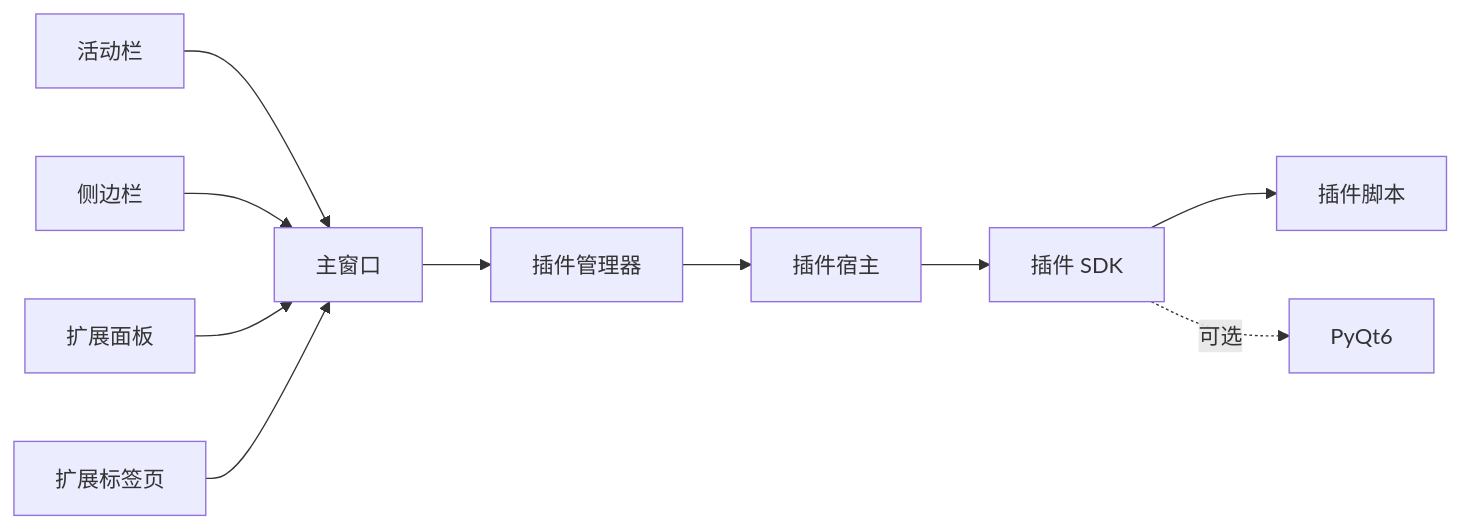
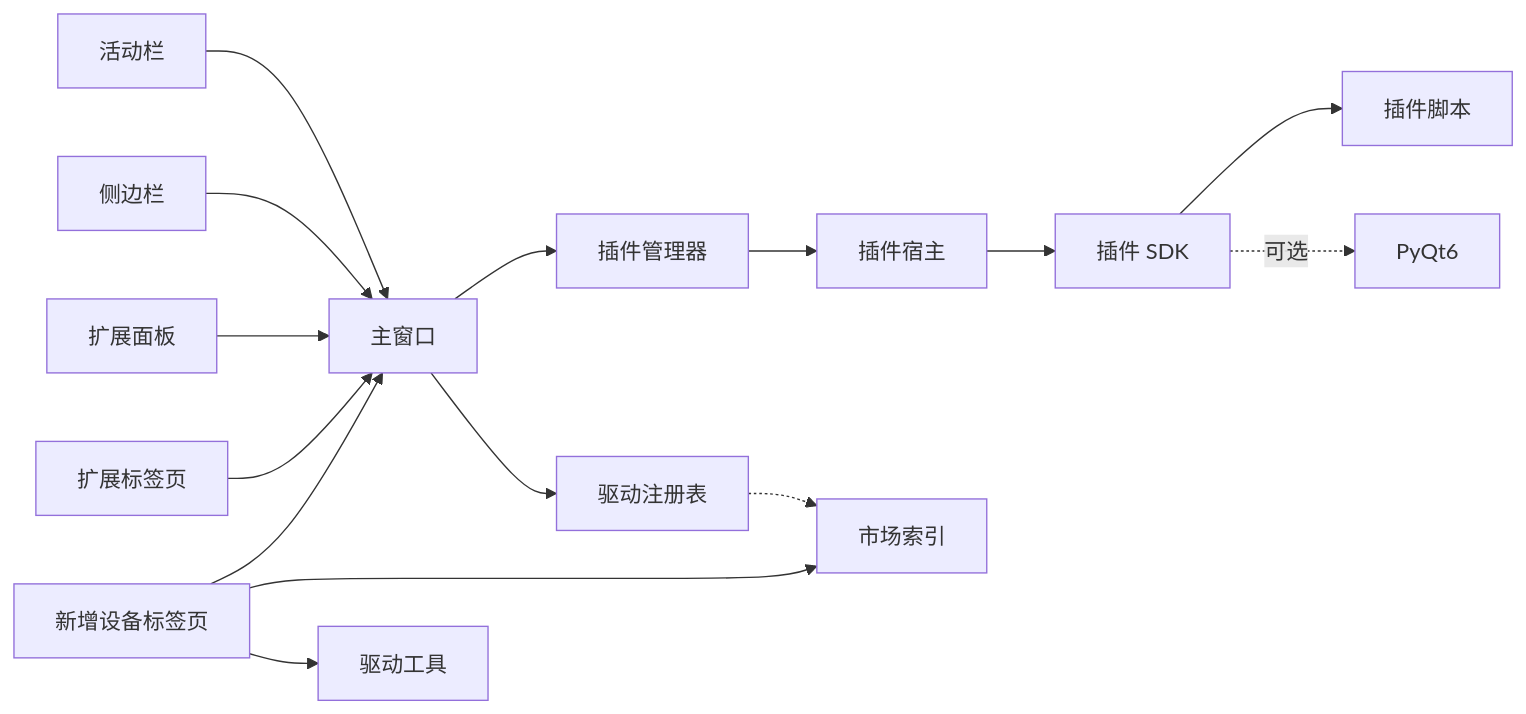
Diagram 13 of 13 in .qoder/repowiki/zh/content/架构设计/插件系统架构/扩展面板系统.md (jakecai1225-design/OpenBus), drawn with Mermaid before and after one commit. The commit also changed other lines of this file and 40 other files, not shown here.

````diff
--- a/.qoder/repowiki/zh/content/架构设计/插件系统架构/扩展面板系统.md
+++ b/.qoder/repowiki/zh/content/架构设计/插件系统架构/扩展面板系统.md
@@ -445,12 +606,17 @@
 ```mermaid
 graph LR
 AB["活动栏"] --> MW["主窗口"]
 SB["侧边栏"] --> MW
 EP["扩展面板"] --> MW
+ADT["新增设备标签页"] --> MW
 ET["扩展标签页"] --> MW
 MW --> PM["插件管理器"]
+MW --> DR["驱动注册表"]
 PM --> PH["插件宿主"]
 PH --> SDK["插件 SDK"]
 SDK --> PL["插件脚本"]
+ADT --> MI["市场索引"]
+ADT --> DT["驱动工具"]
+DR -.-> MI
 SDK -.可选.-> PyQt6
 ```
````
